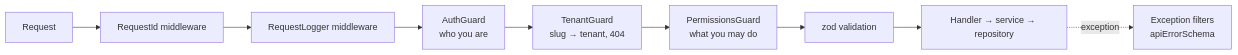
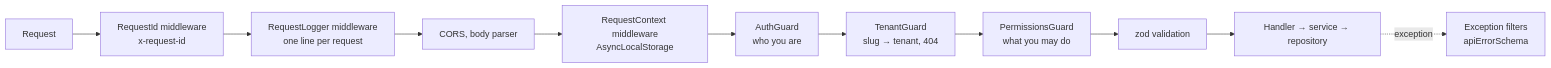
One commit to BoraaroB/accommodation_rental_system changed the second of 2 diagrams in docs/architecture.md. Above: the diagram before and after it, drawn with Mermaid. The commit also changed other lines of this file and 58 other files, not shown here.

````diff
--- a/docs/architecture.md
+++ b/docs/architecture.md
@@ -40,11 +68,13 @@
 ```mermaid
 flowchart LR
-  R[Request] --> RID[RequestId middleware]
-  RID --> LOG[RequestLogger middleware]
-  LOG --> AG[AuthGuard<br/>who you are]
+  R[Request] --> RID[RequestId middleware<br/>x-request-id]
+  RID --> LOG[RequestLogger middleware<br/>one line per request]
+  LOG --> BP[CORS, body parser]
+  BP --> CTX[RequestContext middleware<br/>AsyncLocalStorage]
+  CTX --> AG[AuthGuard<br/>who you are]
   AG --> TG[TenantGuard<br/>slug → tenant, 404]
   TG --> PG[PermissionsGuard<br/>what you may do]
   PG --> V[zod validation]
   V --> H[Handler → service → repository]
   H -. exception .-> F[Exception filters<br/>apiErrorSchema]
 ```
````
